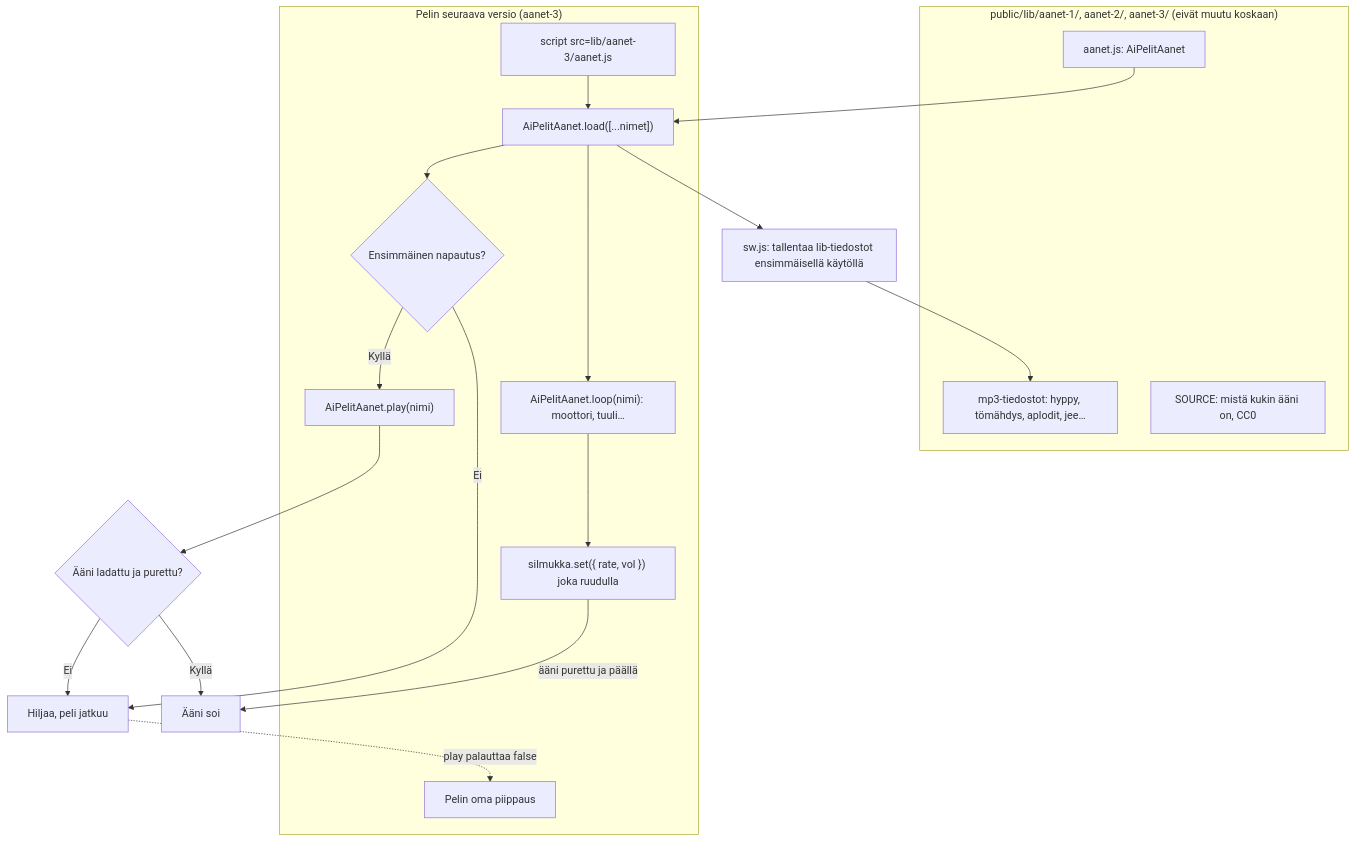
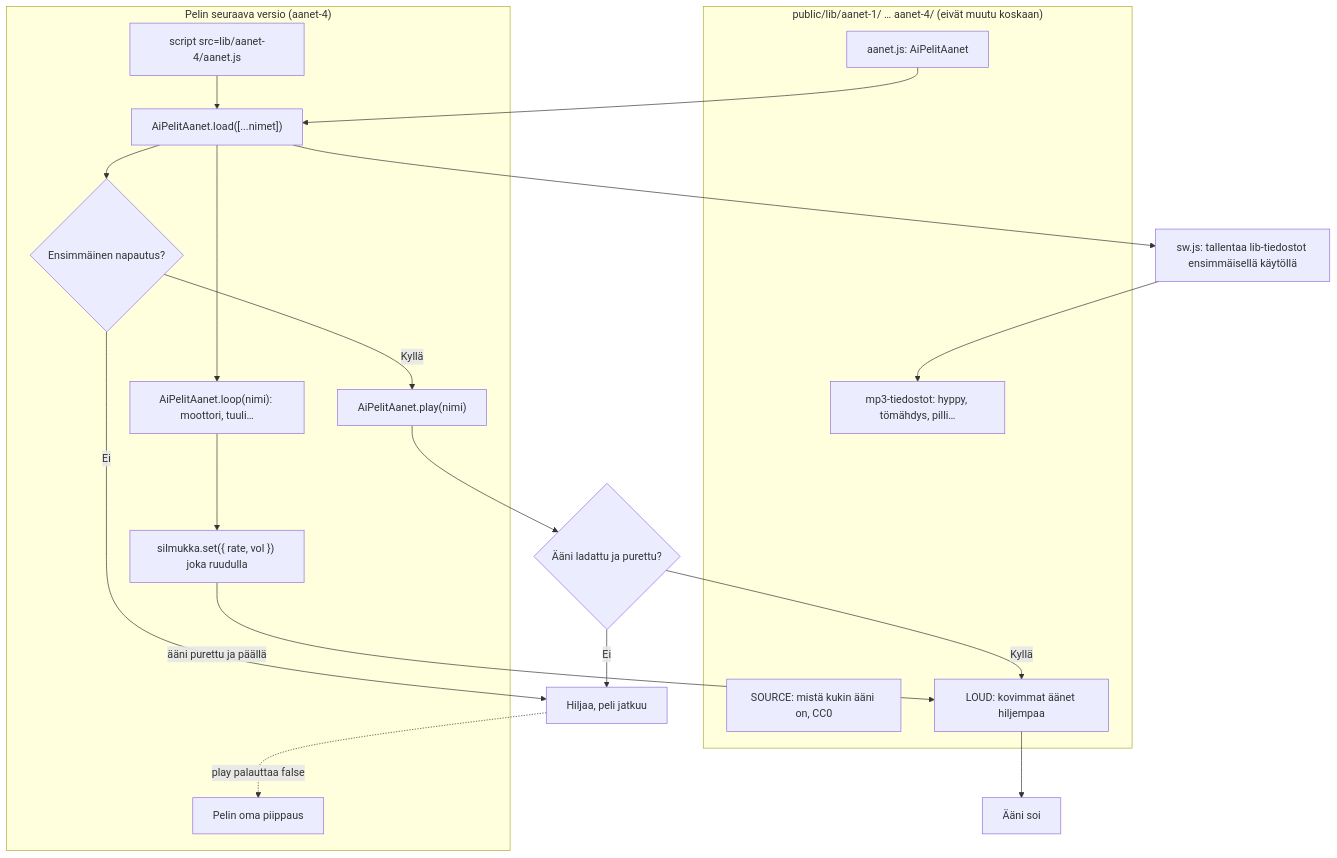
The diagram in docs/diagrams/aanikirjasto.md (eerovil/ai-pelit), drawn with Mermaid before and after one commit. The commit also changed other lines of this file and 254 other files, not shown here.

First line of the commit message:
No crowd noise, loud sounds quieter: aanet-4 and 29 new game versions (#337) (#342)

````diff
--- a/docs/diagrams/aanikirjasto.md
+++ b/docs/diagrams/aanikirjasto.md
@@ -9,36 +10,37 @@
 ```mermaid
 flowchart TD
-  subgraph Kirjasto["public/lib/aanet-1/, aanet-2/, aanet-3/ (eivät muutu koskaan)"]
-    files["mp3-tiedostot: hyppy, tömähdys, aplodit, jee…"]
+  subgraph Kirjasto["public/lib/aanet-1/ … aanet-4/ (eivät muutu koskaan)"]
+    files["mp3-tiedostot: hyppy, tömähdys, pilli…"]
     lista["SOURCE: mistä kukin ääni on, CC0"]
     js["aanet.js: AiPelitAanet"]
+    loud["LOUD: kovimmat äänet hiljempaa"]
   end
-  subgraph Peli["Pelin seuraava versio (aanet-3)"]
-    tag["script src=lib/aanet-3/aanet.js"]
+  subgraph Peli["Pelin seuraava versio (aanet-4)"]
+    tag["script src=lib/aanet-4/aanet.js"]
     load["AiPelitAanet.load([...nimet])"]
     tap{"Ensimmäinen napautus?"}
     play["AiPelitAanet.play(nimi)"]
     loop["AiPelitAanet.loop(nimi): moottori, tuuli…"]
     set["silmukka.set({ rate, vol }) joka ruudulla"]
     beep["Pelin oma piippaus"]
   end
   sw["sw.js: tallentaa lib-tiedostot ensimmäisellä käytöllä"]
   ok{"Ääni ladattu ja purettu?"}
   soi["Ääni soi"]
   hiljaa["Hiljaa, peli jatkuu"]
   tag --> load --> tap
   tap -- Kyllä --> play --> ok
   tap -- Ei --> hiljaa
-  ok -- Kyllä --> soi
+  ok -- Kyllä --> loud --> soi
   ok -- Ei --> hiljaa
   load --> loop --> set
-  set -- ääni purettu ja päällä --> soi
+  set -- ääni purettu ja päällä --> loud
   hiljaa -. play palauttaa false .-> beep
   load --> sw --> files
   js --> load
-  class files,lista,js teal
+  class files,lista,js,loud teal
   class tag,load,play,loop,set blue
   class tap,ok amber
   class sw violet
   class soi,hiljaa,beep green
 ```
````
